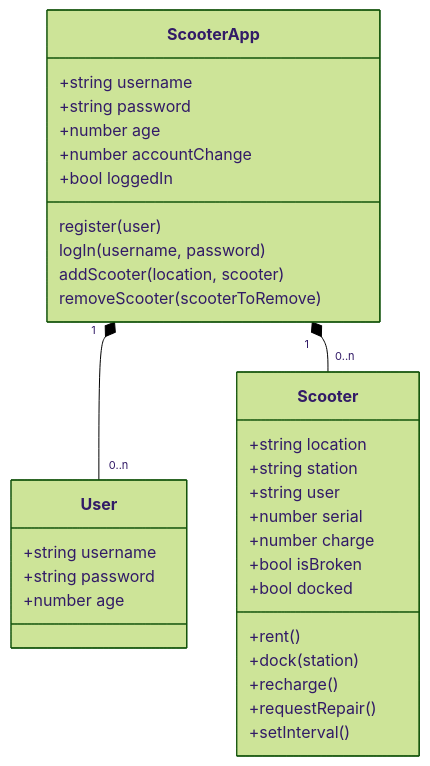
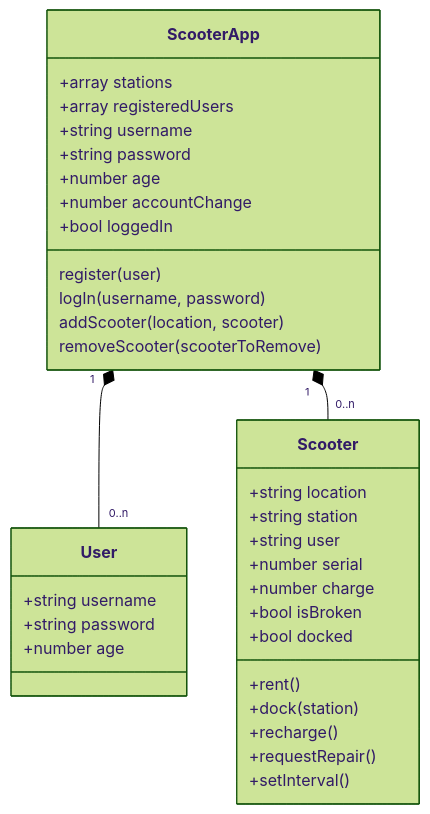
One commit to alanparmeta/scooter-project changed the diagram in spec/class_diagram.mmd. Above: the diagram before and after it, drawn with Mermaid (forest theme). The commit also changed 5 other files, not shown here.

```diff
--- a/spec/class_diagram.mmd
+++ b/spec/class_diagram.mmd
@@ -1,43 +1,46 @@
 classDiagram
 
 %% I am proposing composition as the relationship between the users/scooters and the scooter app, because there is a strong lifecycle dependency; the user and scooter classes are dependent on the scooter app for the meaning of their existence:
 ScooterApp "1" *-- "0..n" User
 ScooterApp "1" *-- "0..n" Scooter
 %% Furthermore, the app can exist without any users or scooters, and will before any scooters and users are added/registered, whereas one scooter app registers all the users and scooters. The maximum number of both users and scooters are finite, therefore n seems appropriate.
 %% Another note, the user class cannot interact with the scooter class directly; they need the app to make a chain of association with each other. Of course in practice the users will interact with the scooters, for instance for docking, but the classes exist in layers of abstraction.
 
 %% The following class has a list of stations a scooter can be checked out from, and it registers users to hire scooters as long as they are eligible in terms of age:
 class ScooterApp {
+    +array stations
+    +array registeredUsers
     +string username
     +string password
     +number age
     +number accountChange
     +bool loggedIn
     register(user)
     logIn(username, password)
     addScooter(location, scooter)
     removeScooter(scooterToRemove)
 }
+%% Cannot find any mentions of arrays on the Mermaid docs, but since they are properties of the ScooterApp, I feel the need to reference them above
 
 %% This class represents the individual scooters that users will rent from stations; it tracks the attributes of the scooters and the users, including location, battery and repair status:
 class Scooter {
     +string location
     +string station
     +string user
     +number serial
     +number charge
     +bool isBroken
     +bool docked
     +rent()
     +dock(station)
     +recharge()
     +requestRepair()
     +setInterval()
 }
 
 %% For each user of the scooter app, an instance of the class User will be created. When this class is instantiated, variables will be initialized as the following properties:
 class User {
     +string username
     +string password
     +number age
 }
```
